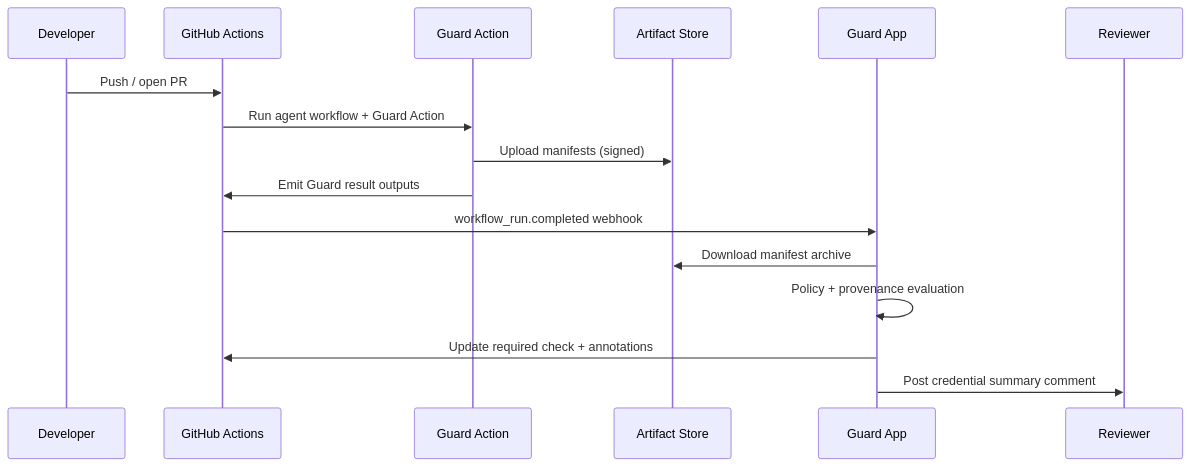
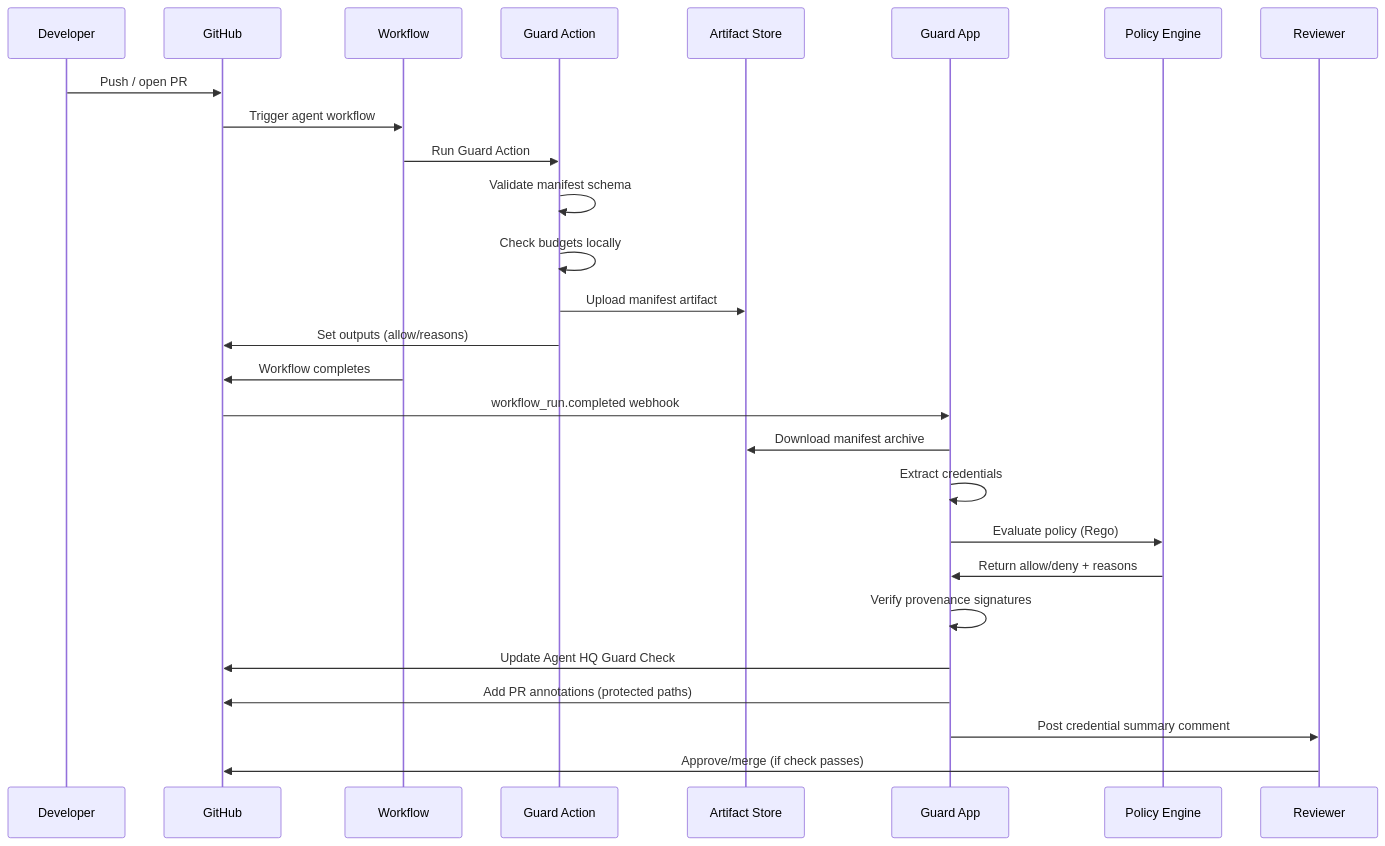
Before and after one commit to jlov7/Agent-HQ-Guard: the first of 3 diagrams in docs/architecture.md, drawn with Mermaid. The commit also changed other lines of this file and 8 other files, not shown here.

````diff
--- a/docs/architecture.md
+++ b/docs/architecture.md
@@ -15,19 +40,30 @@
 ```mermaid
 sequenceDiagram
     participant Dev as Developer
-    participant GH as GitHub Actions
-    participant GuardAction as Guard Action
+    participant GH as GitHub
+    participant WF as Workflow
+    participant Action as Guard Action
     participant Artifact as Artifact Store
-    participant GuardApp as Guard App
+    participant App as Guard App
+    participant OPA as Policy Engine
     participant Review as Reviewer
 
     Dev->>GH: Push / open PR
-    GH->>GuardAction: Run agent workflow + Guard Action
-    GuardAction->>Artifact: Upload manifests (signed)
-    GuardAction->>GH: Emit Guard result outputs
-    GH->>GuardApp: workflow_run.completed webhook
-    GuardApp->>Artifact: Download manifest archive
-    GuardApp->>GuardApp: Policy + provenance evaluation
-    GuardApp->>GH: Update required check + annotations
-    GuardApp->>Review: Post credential summary comment
+    GH->>WF: Trigger agent workflow
+    WF->>Action: Run Guard Action
+    Action->>Action: Validate manifest schema
+    Action->>Action: Check budgets locally
+    Action->>Artifact: Upload manifest artifact
+    Action->>GH: Set outputs (allow/reasons)
+    WF->>GH: Workflow completes
+    GH->>App: workflow_run.completed webhook
+    App->>Artifact: Download manifest archive
+    App->>App: Extract credentials
+    App->>OPA: Evaluate policy (Rego)
+    OPA->>App: Return allow/deny + reasons
+    App->>App: Verify provenance signatures
+    App->>GH: Update Agent HQ Guard Check
+    App->>GH: Add PR annotations (protected paths)
+    App->>Review: Post credential summary comment
+    Review->>GH: Approve/merge (if check passes)
 ```
````
